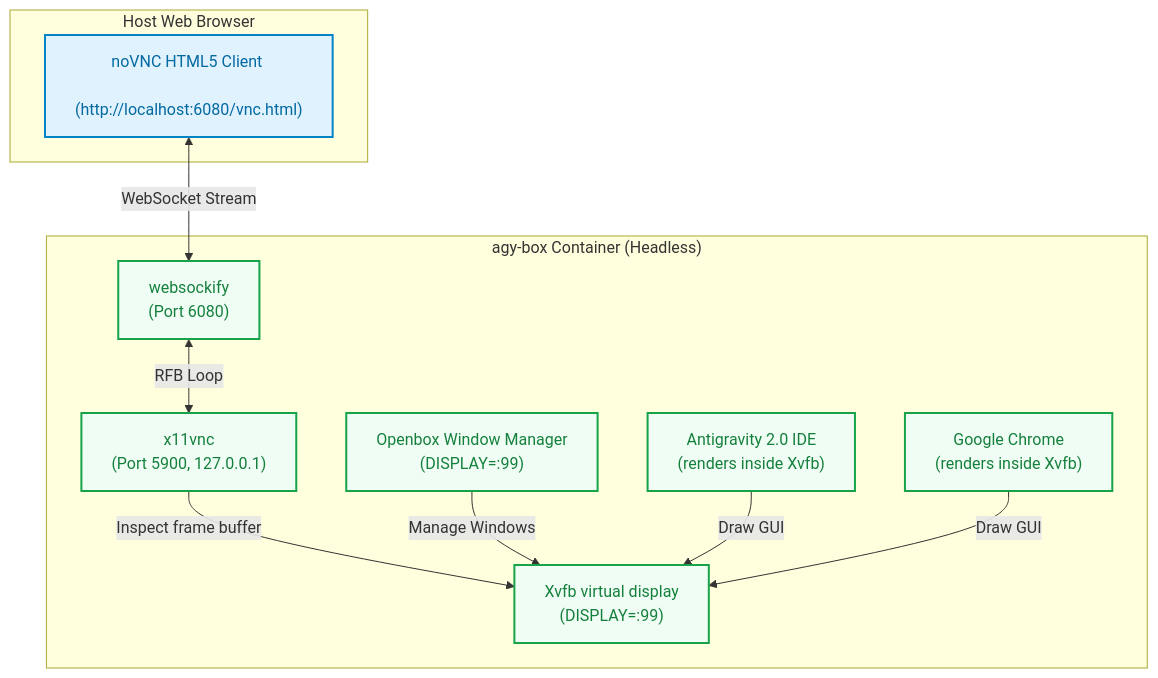
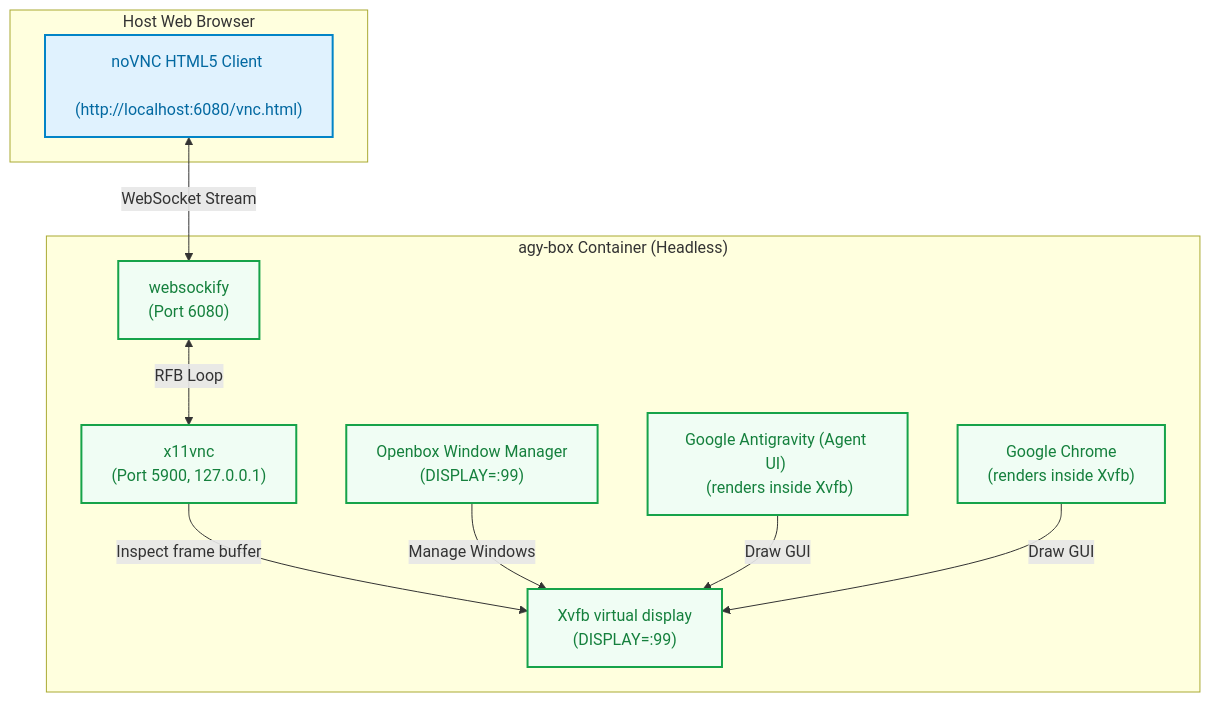
The fourth of 4 diagrams in docs/architecture.md (wtg-codes/agy-box), drawn with Mermaid before and after one commit. The commit also changed other lines of this file and 8 other files, not shown here.

First line of the commit message:
refactor: rename Antigravity 2.0 to Google Antigravity (Agent UI)

````diff
--- a/docs/architecture.md
+++ b/docs/architecture.md
@@ -219,29 +219,29 @@
 ```mermaid
 graph TD
     subgraph Browser ["Host Web Browser"]
         noVNC["noVNC HTML5 Client <br> (http://localhost:6080/vnc.html)"]
     end
 
     subgraph Sandbox ["agy-box Container (Headless)"]
         Websockify["websockify <br> (Port 6080)"]
         X11VNC["x11vnc <br> (Port 5900, 127.0.0.1)"]
         Openbox["Openbox Window Manager <br> (DISPLAY=:99)"]
         Xvfb["Xvfb virtual display <br> (DISPLAY=:99)"]
-        IDE["Antigravity 2.0 IDE <br> (renders inside Xvfb)"]
+        IDE["Google Antigravity (Agent UI) <br> (renders inside Xvfb)"]
         Chrome["Google Chrome <br> (renders inside Xvfb)"]
     end
 
     noVNC <-->|"WebSocket Stream"| Websockify
     Websockify <-->|"RFB Loop"| X11VNC
     X11VNC -->|"Inspect frame buffer"| Xvfb
     Openbox -->|"Manage Windows"| Xvfb
     IDE -->|"Draw GUI"| Xvfb
     Chrome -->|"Draw GUI"| Xvfb
 
     %% Styling
     classDef client fill:#e0f2fe,stroke:#0284c7,stroke-width:2px,color:#0369a1;
     classDef server fill:#f0fdf4,stroke:#16a34a,stroke-width:2px,color:#15803d;
 
     class noVNC client;
     class Websockify,X11VNC,Openbox,Xvfb,IDE,Chrome server;
 ```
````
